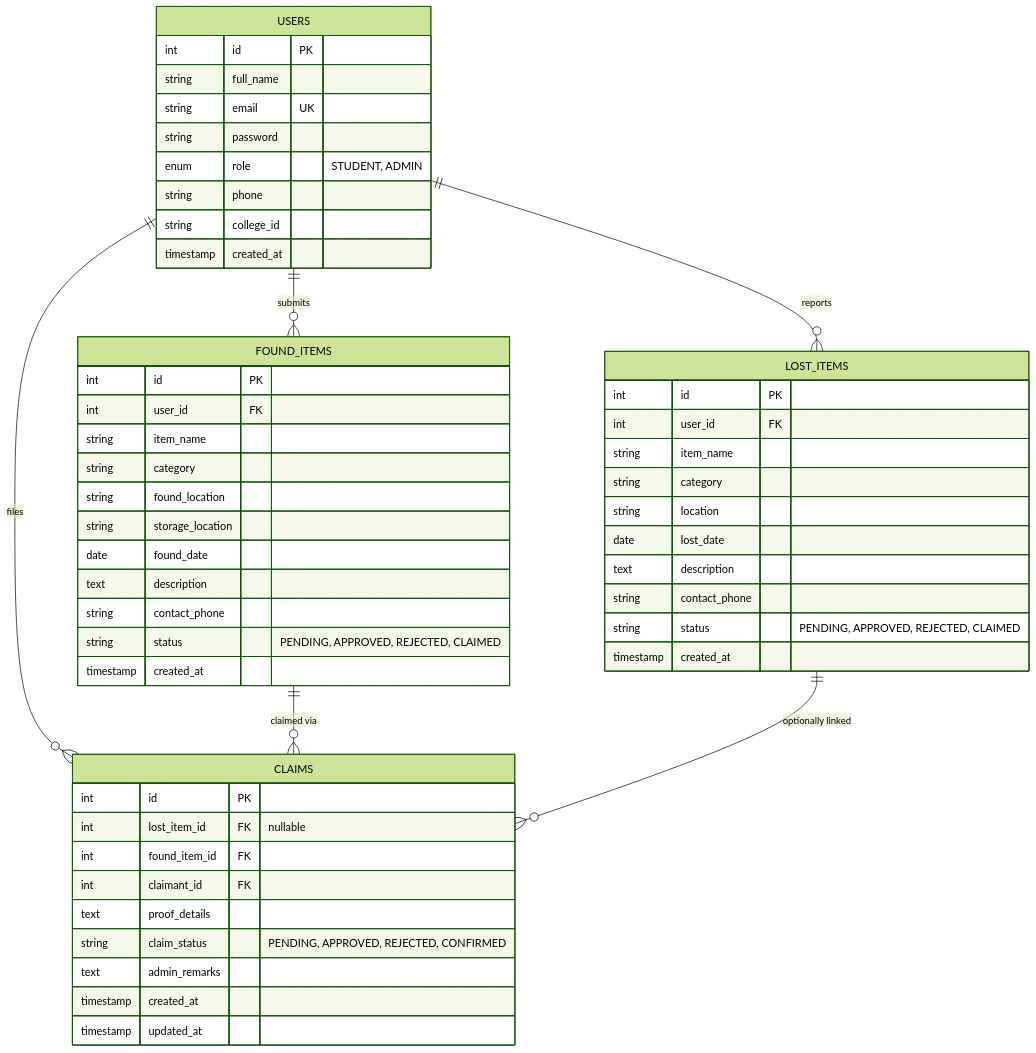
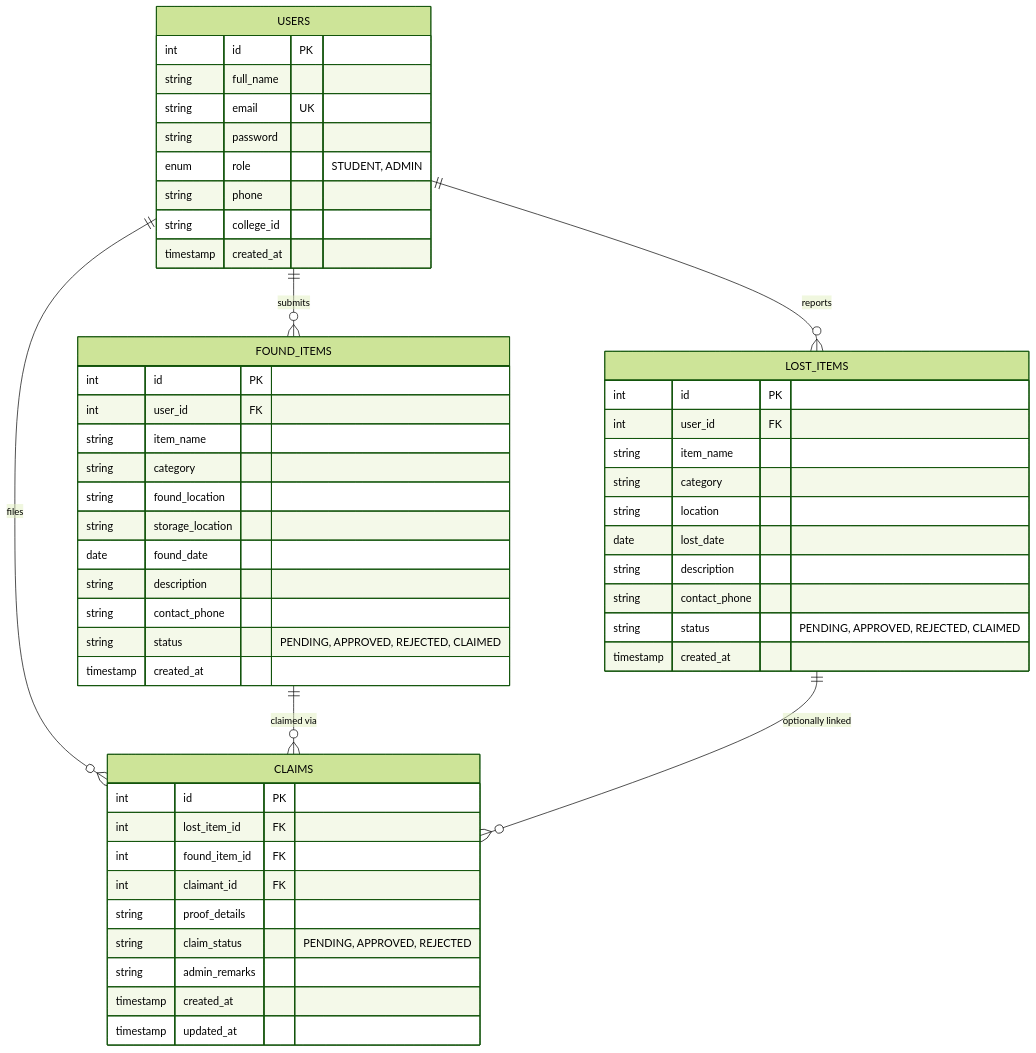
One commit to MOHIT119007/Smart-Lost-Found-System changed the third of 3 diagrams in WEEK_WISE_DETAIL.md. Above: the diagram before and after it, drawn with Mermaid (forest theme). The commit also changed other lines of this file, not shown here.

````diff
--- a/WEEK_WISE_DETAIL.md
+++ b/WEEK_WISE_DETAIL.md
@@ -242,58 +201,58 @@
 ```mermaid
 erDiagram
     USERS ||--o{ LOST_ITEMS : "reports"
     USERS ||--o{ FOUND_ITEMS : "submits"
     USERS ||--o{ CLAIMS : "files"
     FOUND_ITEMS ||--o{ CLAIMS : "claimed via"
     LOST_ITEMS ||--o{ CLAIMS : "optionally linked"
 
     USERS {
         int id PK
         string full_name
         string email UK
         string password
         enum role "STUDENT, ADMIN"
         string phone
         string college_id
         timestamp created_at
     }
 
     LOST_ITEMS {
         int id PK
         int user_id FK
         string item_name
         string category
         string location
         date lost_date
-        text description
+        string description
         string contact_phone
         string status "PENDING, APPROVED, REJECTED, CLAIMED"
         timestamp created_at
     }
 
     FOUND_ITEMS {
         int id PK
         int user_id FK
         string item_name
         string category
         string found_location
         string storage_location
         date found_date
-        text description
+        string description
         string contact_phone
         string status "PENDING, APPROVED, REJECTED, CLAIMED"
         timestamp created_at
     }
 
     CLAIMS {
         int id PK
-        int lost_item_id FK "nullable"
+        int lost_item_id FK
         int found_item_id FK
         int claimant_id FK
-        text proof_details
-        string claim_status "PENDING, APPROVED, REJECTED, CONFIRMED"
-        text admin_remarks
+        string proof_details
+        string claim_status "PENDING, APPROVED, REJECTED"
+        string admin_remarks
         timestamp created_at
         timestamp updated_at
     }
 ```
````
